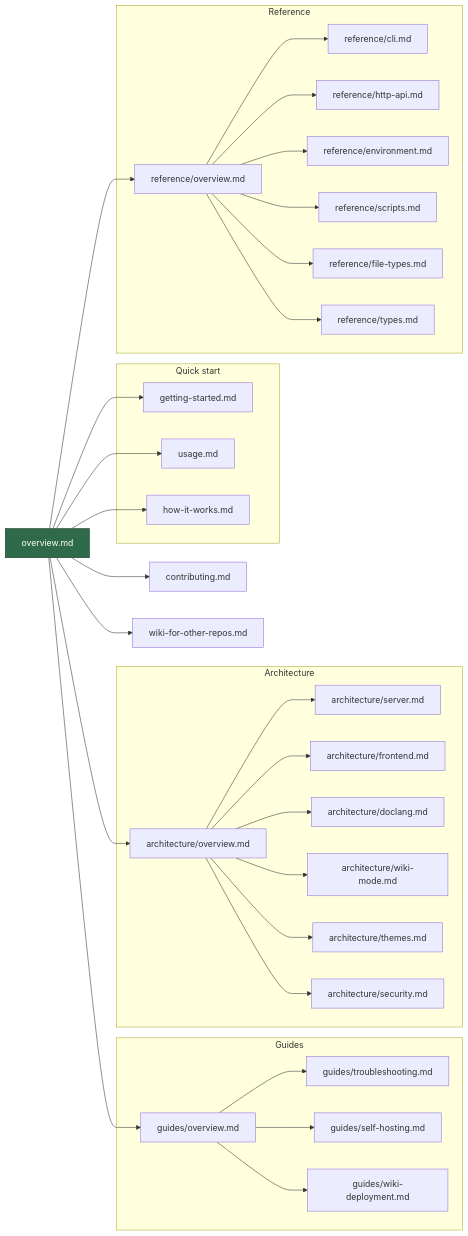
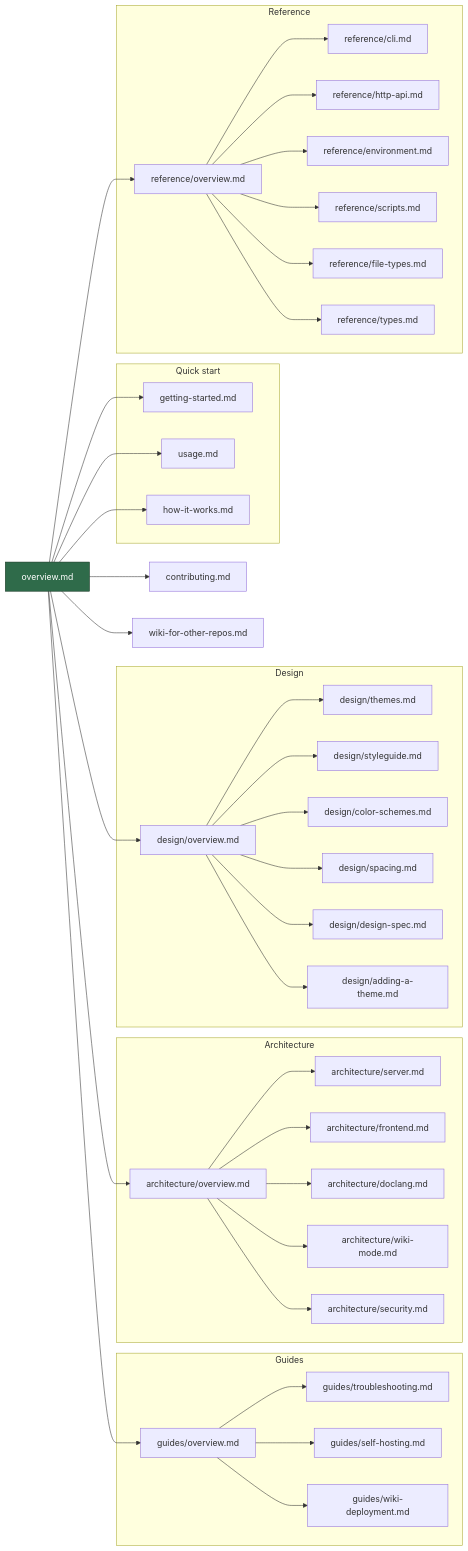
The diagram in docs/overview.md (MorizMensi/grove), drawn with Mermaid before and after one commit. The commit also changed other lines of this file and 9 other files, not shown here.

````diff
--- a/docs/overview.md
+++ b/docs/overview.md
@@ -15,48 +15,58 @@
 ```mermaid
 flowchart LR
   HOME[overview.md]:::home
 
   subgraph "Quick start"
     GS[getting-started.md]
     US[usage.md]
     HIW[how-it-works.md]
   end
 
   subgraph "Guides"
     GI[guides/overview.md]
     GT[guides/troubleshooting.md]
     GH[guides/self-hosting.md]
     GW[guides/wiki-deployment.md]
   end
 
   subgraph "Architecture"
     AI[architecture/overview.md]
     ASV[architecture/server.md]
     AFE[architecture/frontend.md]
     ADL[architecture/doclang.md]
     AWM[architecture/wiki-mode.md]
-    ATH[architecture/themes.md]
     ASE[architecture/security.md]
+  end
+
+  subgraph "Design"
+    DI[design/overview.md]
+    DTH[design/themes.md]
+    DSG[design/styleguide.md]
+    DCS[design/color-schemes.md]
+    DSP[design/spacing.md]
+    DSPEC[design/design-spec.md]
+    DAT[design/adding-a-theme.md]
   end
 
   subgraph "Reference"
     RI[reference/overview.md]
     RCLI[reference/cli.md]
     RAPI[reference/http-api.md]
     RENV[reference/environment.md]
     RSCR[reference/scripts.md]
     RFT[reference/file-types.md]
     RTY[reference/types.md]
   end
 
   HOME --> GS & US & HIW
-  HOME --> GI & AI & RI
+  HOME --> GI & AI & RI & DI
   HOME --> CON[contributing.md]
   HOME --> WIKI[wiki-for-other-repos.md]
 
   GI --> GT & GH & GW
-  AI --> ASV & AFE & ADL & AWM & ATH & ASE
+  AI --> ASV & AFE & ADL & AWM & ASE
   RI --> RCLI & RAPI & RENV & RSCR & RFT & RTY
+  DI --> DTH & DSG & DCS & DSP & DSPEC & DAT
 
   classDef home fill:#2f6b4a,stroke:#13331f,color:#fff;
 ```
````
